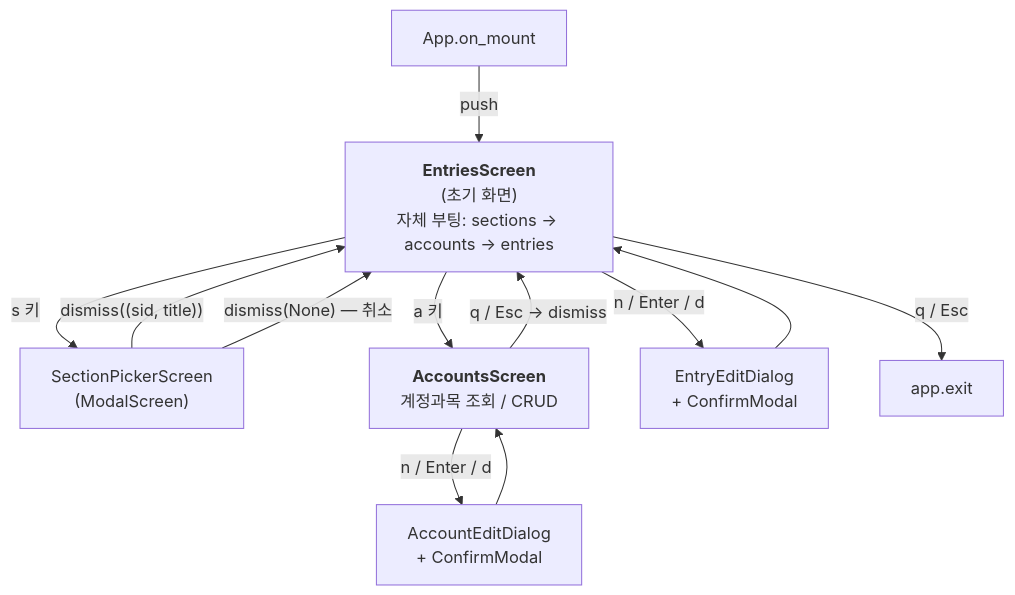
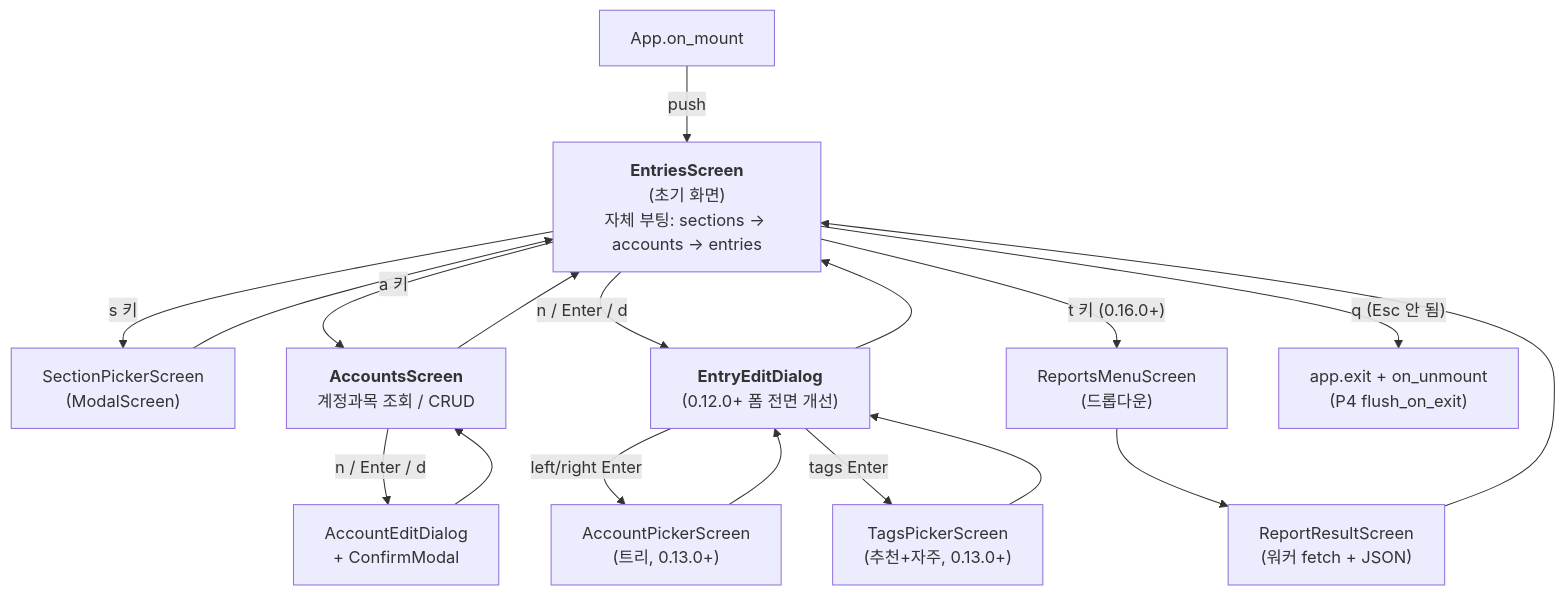
Before and after one commit to neoocean/whooing-tui: the third of 4 diagrams in tui/DESIGN.md, drawn with Mermaid. The commit also changed other lines of this file and 3 other files, not shown here.

````diff
--- a/tui/DESIGN.md
+++ b/tui/DESIGN.md
@@ -87,14 +101,20 @@
 ```mermaid
 flowchart TB
     APP[App.on_mount] -->|push| ENTRIES["<b>EntriesScreen</b><br/>(초기 화면)<br/>자체 부팅: sections → accounts → entries"]
     ENTRIES -- "s 키" --> PICKER["SectionPickerScreen<br/>(ModalScreen)"]
-    PICKER -- "dismiss((sid, title))" --> ENTRIES
-    PICKER -- "dismiss(None) — 취소" --> ENTRIES
+    PICKER --> ENTRIES
     ENTRIES -- "a 키" --> ACCOUNTS["<b>AccountsScreen</b><br/>계정과목 조회 / CRUD"]
     ACCOUNTS -- "n / Enter / d" --> ACCDLG["AccountEditDialog<br/>+ ConfirmModal"]
     ACCDLG --> ACCOUNTS
-    ACCOUNTS -- "q / Esc → dismiss" --> ENTRIES
-    ENTRIES -- "n / Enter / d" --> ENTDLG["EntryEditDialog<br/>+ ConfirmModal"]
+    ACCOUNTS --> ENTRIES
+    ENTRIES -- "n / Enter / d" --> ENTDLG["<b>EntryEditDialog</b><br/>(0.12.0+ 폼 전면 개선)"]
+    ENTDLG -- "left/right Enter" --> ACCPICK["AccountPickerScreen<br/>(트리, 0.13.0+)"]
+    ENTDLG -- "tags Enter" --> TAGPICK["TagsPickerScreen<br/>(추천+자주, 0.13.0+)"]
+    ACCPICK --> ENTDLG
+    TAGPICK --> ENTDLG
     ENTDLG --> ENTRIES
-    ENTRIES -- "q / Esc" --> EXIT[app.exit]
+    ENTRIES -- "t 키 (0.16.0+)" --> RPMENU["ReportsMenuScreen<br/>(드롭다운)"]
+    RPMENU --> RPRES["ReportResultScreen<br/>(워커 fetch + JSON)"]
+    RPRES --> ENTRIES
+    ENTRIES -- "q (Esc 안 됨)" --> EXIT["app.exit + on_unmount<br/>(P4 flush_on_exit)"]
 ```
````
